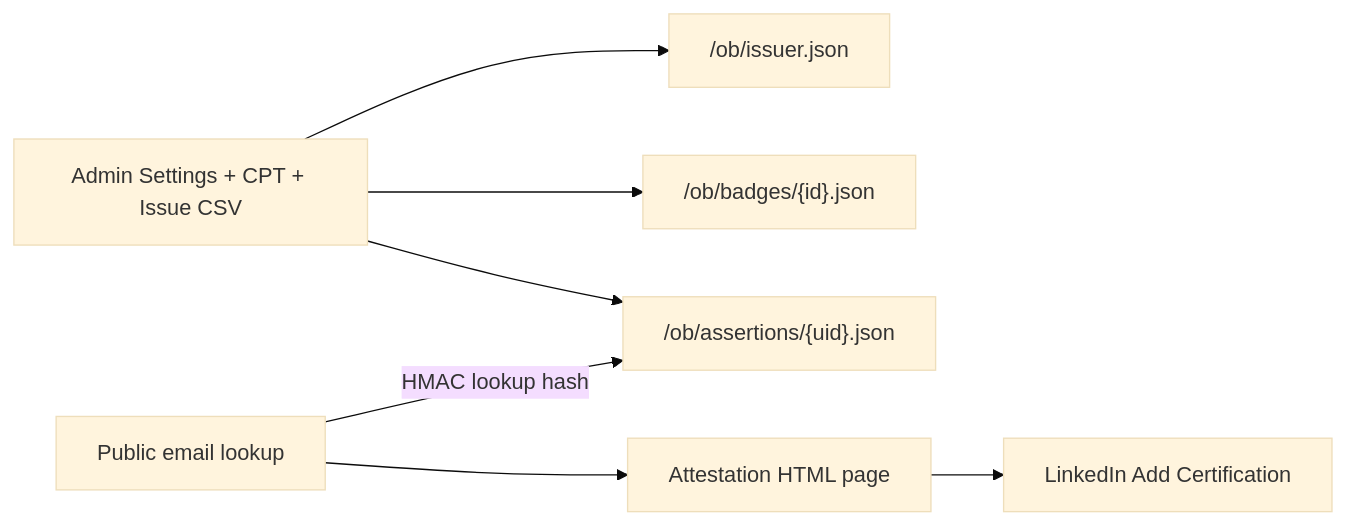
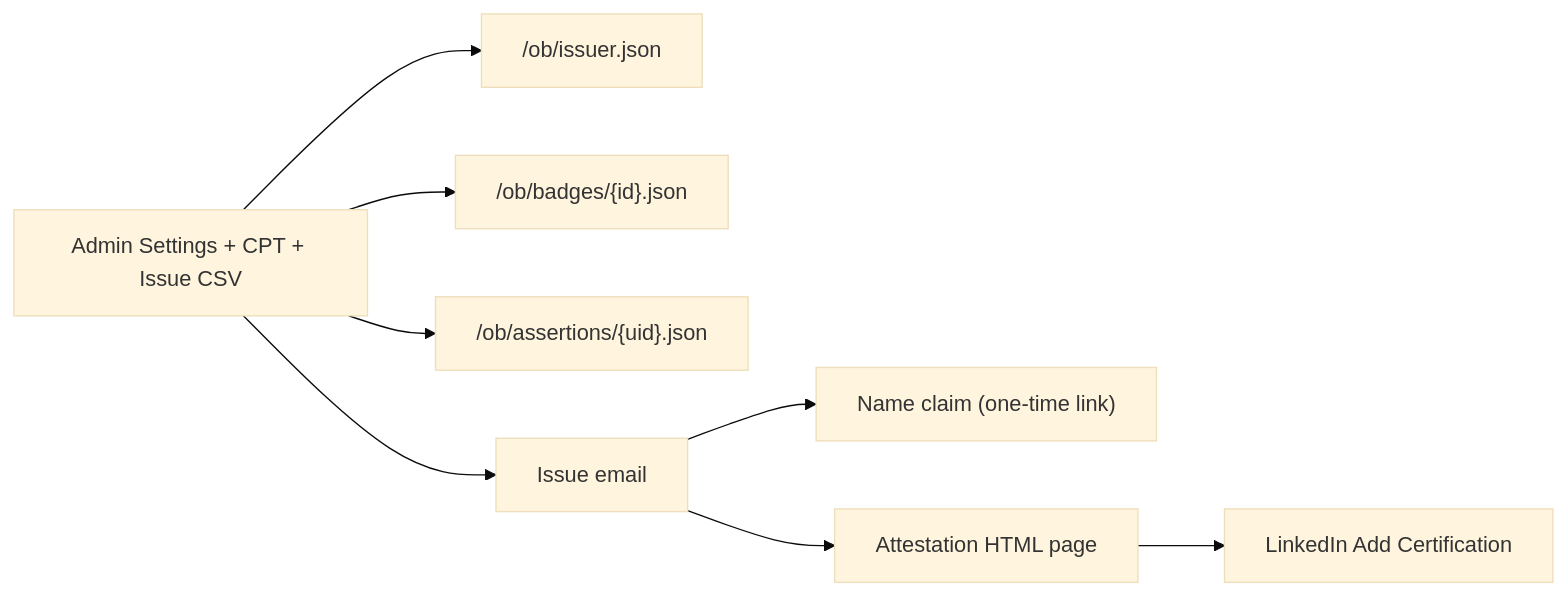
The diagram in README.md (Steve-Fenton/digital-badges), drawn with Mermaid (base theme) before and after one commit. The commit also changed other lines of this file and 13 other files, not shown here.

````diff
--- a/README.md
+++ b/README.md
@@ -14,17 +14,19 @@
 ```mermaid
 flowchart LR
   Admin[Admin Settings + CPT + Issue CSV]
   IssuerJSON["/ob/issuer.json"]
   BadgeJSON["/ob/badges/{id}.json"]
   AssertJSON["/ob/assertions/{uid}.json"]
-  Lookup[Public email lookup]
+  IssueMail[Issue email]
+  Claim["Name claim (one-time link)"]
   Attest[Attestation HTML page]
   LinkedIn[LinkedIn Add Certification]
 
   Admin --> IssuerJSON
   Admin --> BadgeJSON
   Admin --> AssertJSON
-  Lookup -->|"HMAC lookup hash"| AssertJSON
-  Lookup --> Attest
+  Admin --> IssueMail
+  IssueMail --> Claim
+  IssueMail --> Attest
   Attest --> LinkedIn
 ```
````
